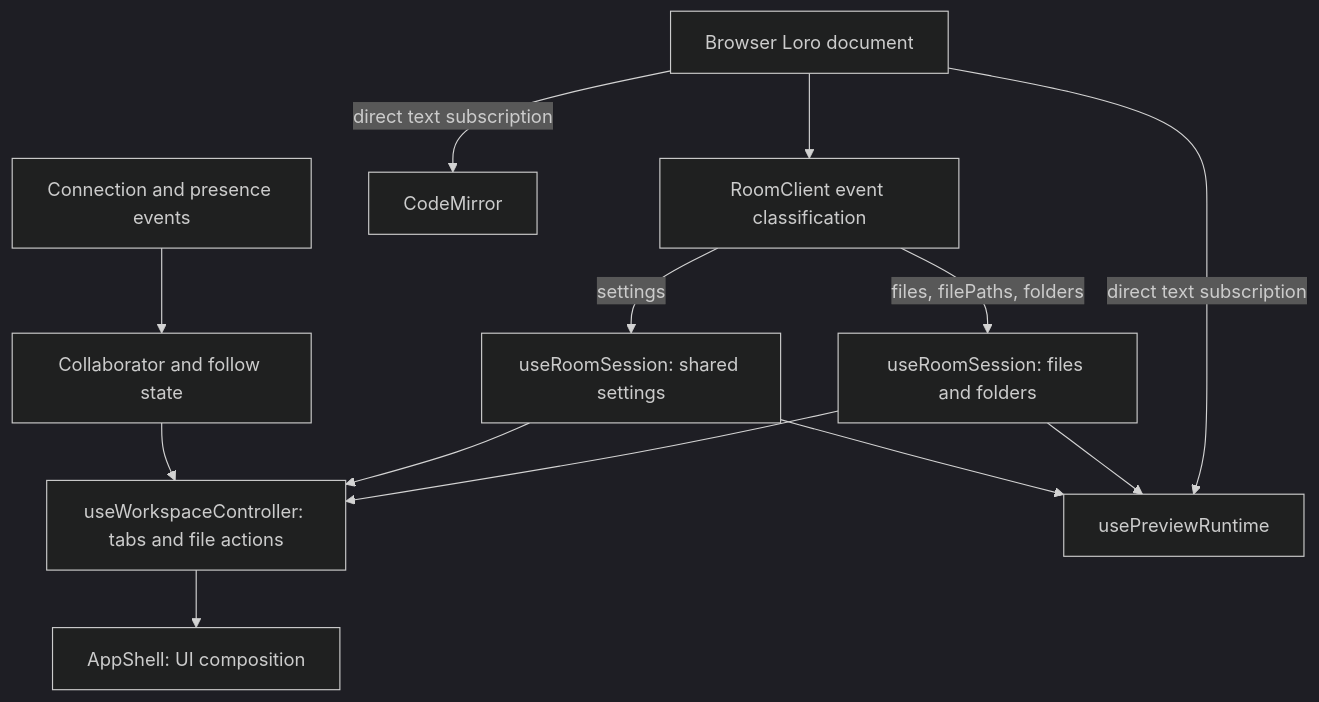
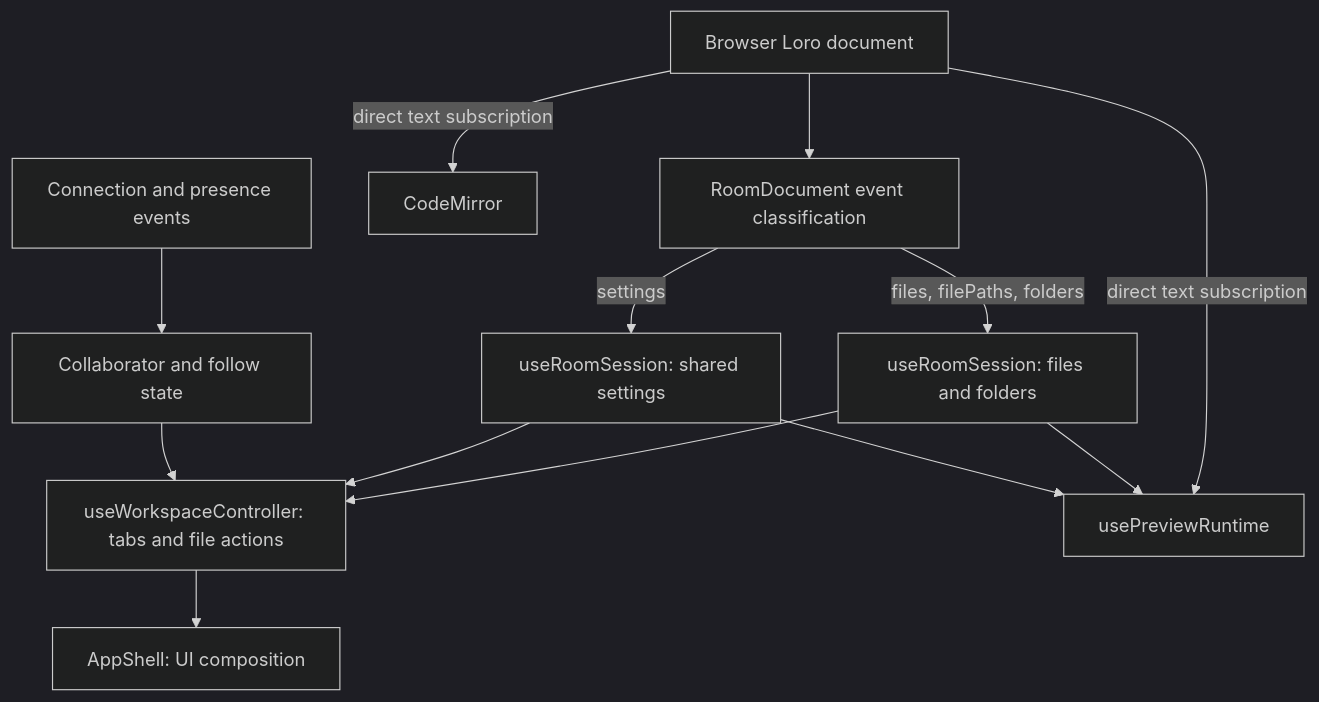
One commit to BBboy01/Tsugite changed the fourth of 9 diagrams in docs/architecture.md. Above: the diagram before and after it, drawn with Mermaid (dark theme). The commit also changed other lines of this file and 4 other files, not shown here.

````diff
--- a/docs/architecture.md
+++ b/docs/architecture.md
@@ -118,15 +240,15 @@
 ```mermaid
 flowchart TB
-  Document["Browser Loro document"] --> Events["RoomClient event classification"]
+  Document["Browser Loro document"] --> Events["RoomDocument event classification"]
   Events -->|files, filePaths, folders| Workspace["useRoomSession: files and folders"]
   Events -->|settings| Settings["useRoomSession: shared settings"]
   Workspace --> Controller["useWorkspaceController: tabs and file actions"]
   Settings --> Controller
   Controller --> Shell["AppShell: UI composition"]
   Document -->|direct text subscription| Editor["CodeMirror"]
   Document -->|direct text subscription| Preview["usePreviewRuntime"]
   Workspace --> Preview
   Settings --> Preview
   Presence["Connection and presence events"] --> Members["Collaborator and follow state"]
   Members --> Controller
 ```
````
